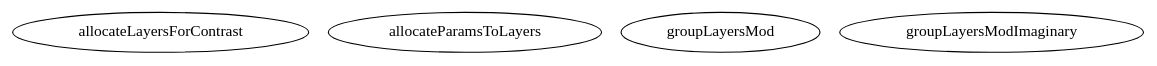
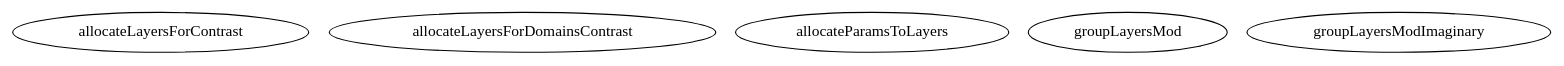
The diagram in master/api_reference/targetFunctions/common/groupLayers/graph.dot (RascalSoftware/RAT), drawn with Graphviz before and after one commit. The commit also changed 213 other files, not shown here.

```diff
--- a/master/api_reference/targetFunctions/common/groupLayers/graph.dot
+++ b/master/api_reference/targetFunctions/common/groupLayers/graph.dot
@@ -1,8 +1,9 @@
 /* Created by mdot for Matlab */
 digraph m2html {
 
   allocateLayersForContrast [URL="allocateLayersForContrast.html"];
+  allocateLayersForDomainsContrast [URL="allocateLayersForDomainsContrast.html"];
   allocateParamsToLayers [URL="allocateParamsToLayers.html"];
   groupLayersMod [URL="groupLayersMod.html"];
   groupLayersModImaginary [URL="groupLayersModImaginary.html"];
 }
```
